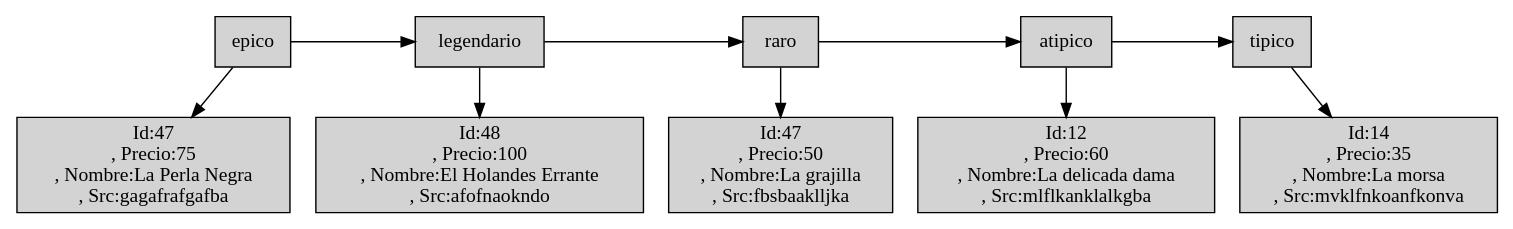
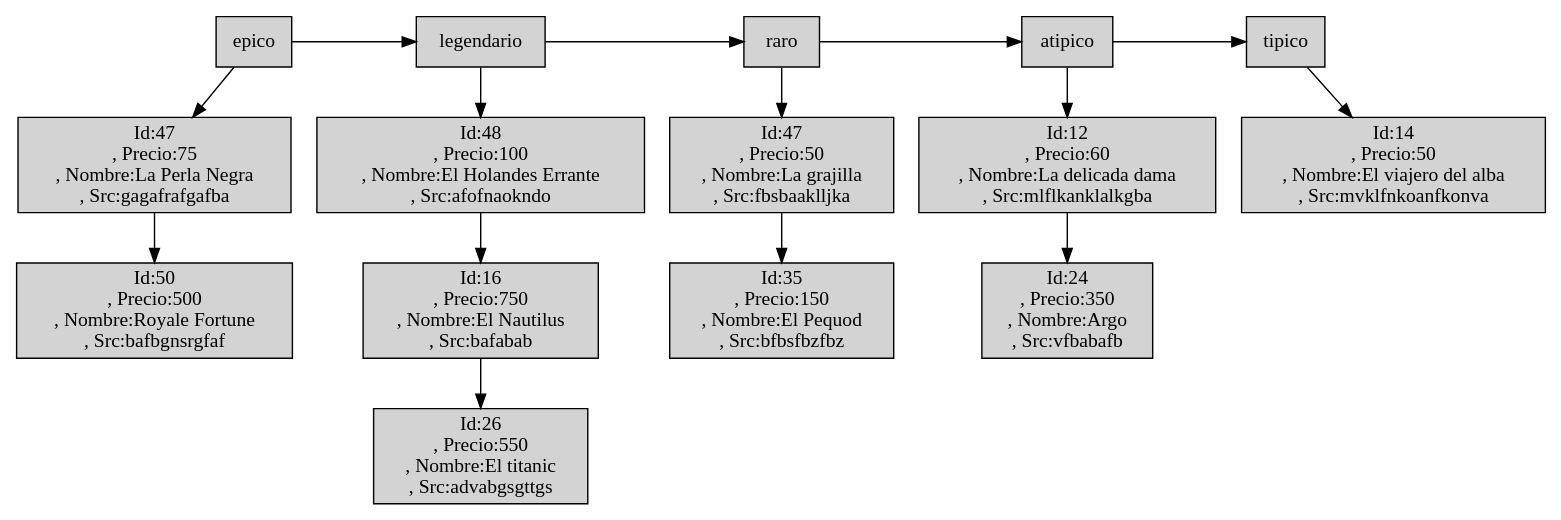
The diagram in Extras/Articles.dot (Desconocido502/-EDD_2S-BatallaNaval_201902502), drawn with Graphviz before and after one commit. The commit also changed 17 other files, not shown here.

```diff
--- a/Extras/Articles.dot
+++ b/Extras/Articles.dot
@@ -1,20 +1,25 @@
 digraph G { 
 "0epico"[shape=box, rankdir=UD, style=filled, label="epico", pos="0,-0!"];
 "0Node47_0"[shape=box, rankdir=LR, style=filled, label="Id:47\n, Precio:75\n, Nombre:La Perla Negra\n, Src:gagafrafgafba", pos="0,-0!"];
+"0Node50_1"[shape=box, rankdir=LR, style=filled, label="Id:50\n, Precio:500\n, Nombre:Royale Fortune\n, Src:bafbgnsrgfaf", pos="1,-0!"];
 "0legendario"[shape=box, rankdir=UD, style=filled, label="legendario", pos="0,-1!"];
 "1Node48_0"[shape=box, rankdir=LR, style=filled, label="Id:48\n, Precio:100\n, Nombre:El Holandes Errante\n, Src:afofnaokndo", pos="0,-1!"];
+"1Node16_1"[shape=box, rankdir=LR, style=filled, label="Id:16\n, Precio:750\n, Nombre:El Nautilus\n, Src:bafabab", pos="1,-1!"];
+"1Node26_2"[shape=box, rankdir=LR, style=filled, label="Id:26\n, Precio:550\n, Nombre:El titanic\n, Src:advabgsgttgs", pos="2,-1!"];
 "0raro"[shape=box, rankdir=UD, style=filled, label="raro", pos="0,-2!"];
 "2Node47_0"[shape=box, rankdir=LR, style=filled, label="Id:47\n, Precio:50\n, Nombre:La grajilla\n, Src:fbsbaaklljka", pos="0,-2!"];
+"2Node35_1"[shape=box, rankdir=LR, style=filled, label="Id:35\n, Precio:150\n, Nombre:El Pequod\n, Src:bfbsfbzfbz", pos="1,-2!"];
 "0atipico"[shape=box, rankdir=UD, style=filled, label="atipico", pos="0,-3!"];
 "3Node12_0"[shape=box, rankdir=LR, style=filled, label="Id:12\n, Precio:60\n, Nombre:La delicada dama\n, Src:mlflkanklalkgba", pos="0,-3!"];
+"3Node24_1"[shape=box, rankdir=LR, style=filled, label="Id:24\n, Precio:350\n, Nombre:Argo\n, Src:vfbabafb", pos="1,-3!"];
 "0tipico"[shape=box, rankdir=UD, style=filled, label="tipico", pos="0,-4!"];
-"4Node14_0"[shape=box, rankdir=LR, style=filled, label="Id:14\n, Precio:35\n, Nombre:La morsa\n, Src:mvklfnkoanfkonva", pos="0,-4!"];
+"4Node14_0"[shape=box, rankdir=LR, style=filled, label="Id:14\n, Precio:50\n, Nombre:El viajero del alba\n, Src:mvklfnkoanfkonva", pos="0,-4!"];
 "0epico"->"0legendario"->"0raro"->"0atipico"->"0tipico"
-"0epico"->"0Node47_0"
-"0legendario"->"1Node48_0"
-"0raro"->"2Node47_0"
-"0atipico"->"3Node12_0"
+"0epico"->"0Node47_0"->"0Node50_1"
+"0legendario"->"1Node48_0"->"1Node16_1"->"1Node26_2"
+"0raro"->"2Node47_0"->"2Node35_1"
+"0atipico"->"3Node12_0"->"3Node24_1"
 "0tipico"->"4Node14_0"
 
 {rank=same;"0epico","0legendario","0raro","0atipico","0tipico"};
 }
```
